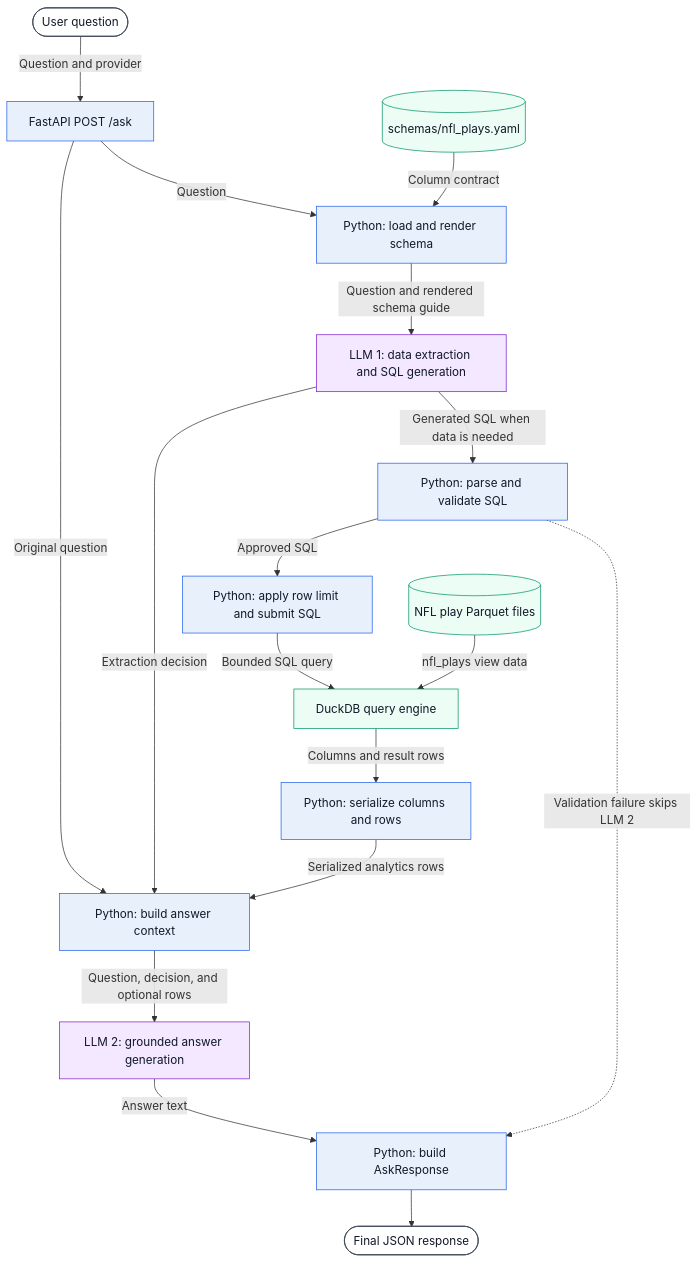
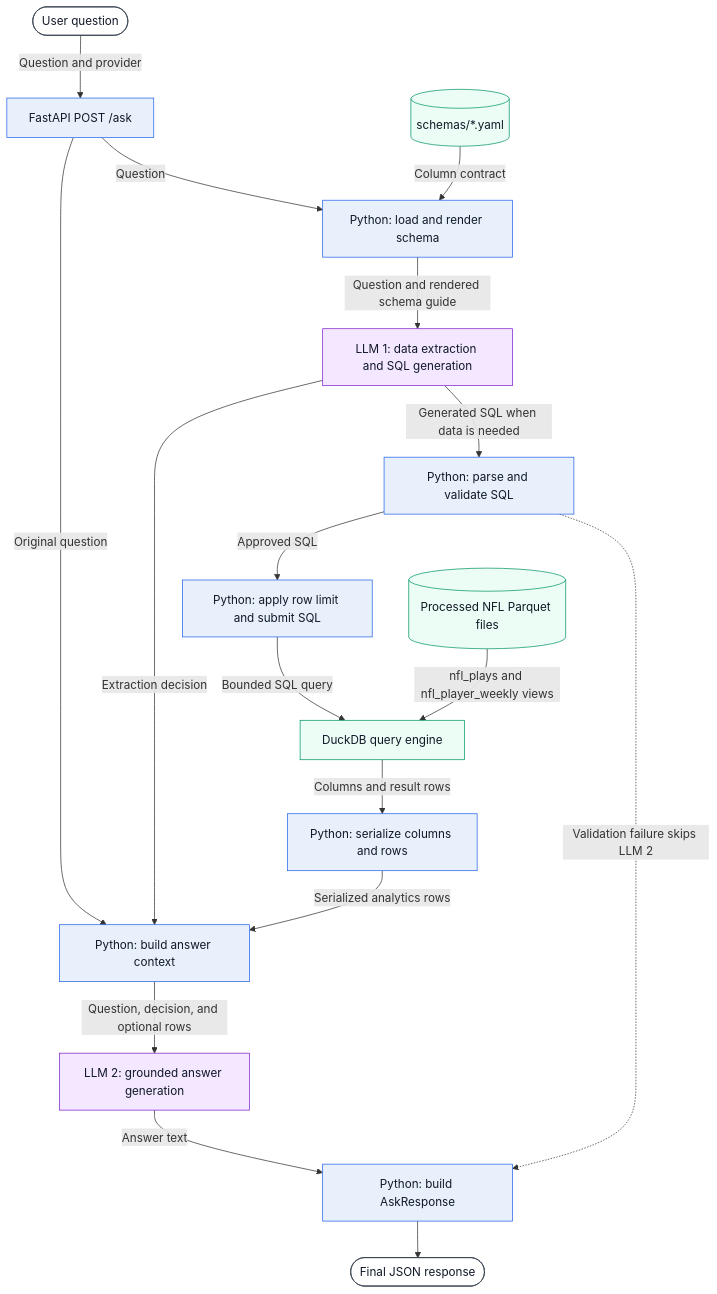
One commit to manojmathew940/nfl-edge-ai changed the diagram in docs/architecture.md. Above: the diagram before and after it, drawn with Mermaid. The commit also changed other lines of this file and 15 other files, not shown here.

````diff
--- a/docs/architecture.md
+++ b/docs/architecture.md
@@ -8,47 +8,47 @@
 ```mermaid
 flowchart TD
     Question([User question])
     API[FastAPI POST /ask]
-    Schema[(schemas/nfl_plays.yaml)]
+    Schema[(schemas/*.yaml)]
     SchemaLoader[Python: load and render schema]
     Extractor[LLM 1: data extraction and SQL generation]
     Validator[Python: parse and validate SQL]
     Executor[Python: apply row limit and submit SQL]
-    Parquet[(NFL play Parquet files)]
+    Parquet[(Processed NFL Parquet files)]
     DuckDB[DuckDB query engine]
     Rows[Python: serialize columns and rows]
     Context[Python: build answer context]
     Answer[LLM 2: grounded answer generation]
     Response[Python: build AskResponse]
     Final([Final JSON response])
 
     Question -->|Question and provider| API
     API -->|Question| SchemaLoader
     Schema -->|Column contract| SchemaLoader
     SchemaLoader -->|Question and rendered schema guide| Extractor
 
     Extractor -->|Generated SQL when data is needed| Validator
     Validator -->|Approved SQL| Executor
 
     Executor -->|Bounded SQL query| DuckDB
-    Parquet -->|nfl_plays view data| DuckDB
+    Parquet -->|nfl_plays and nfl_player_weekly views| DuckDB
     DuckDB -->|Columns and result rows| Rows
 
     API -->|Original question| Context
     Extractor -->|Extraction decision| Context
     Rows -->|Serialized analytics rows| Context
     Context -->|Question, decision, and optional rows| Answer
     Answer -->|Answer text| Response
     Validator -.->|Validation failure skips LLM 2| Response
     Response --> Final
 
     classDef python fill:#e8f1fb,stroke:#2563eb,color:#111827
     classDef llm fill:#f3e8ff,stroke:#7e22ce,color:#111827
     classDef data fill:#ecfdf5,stroke:#059669,color:#111827
     classDef external fill:#ffffff,stroke:#374151,color:#111827
 
     class API,SchemaLoader,Validator,Executor,Rows,Context,Response python
     class Extractor,Answer llm
     class Schema,Parquet,DuckDB data
     class Question,Final external
 ```
````
